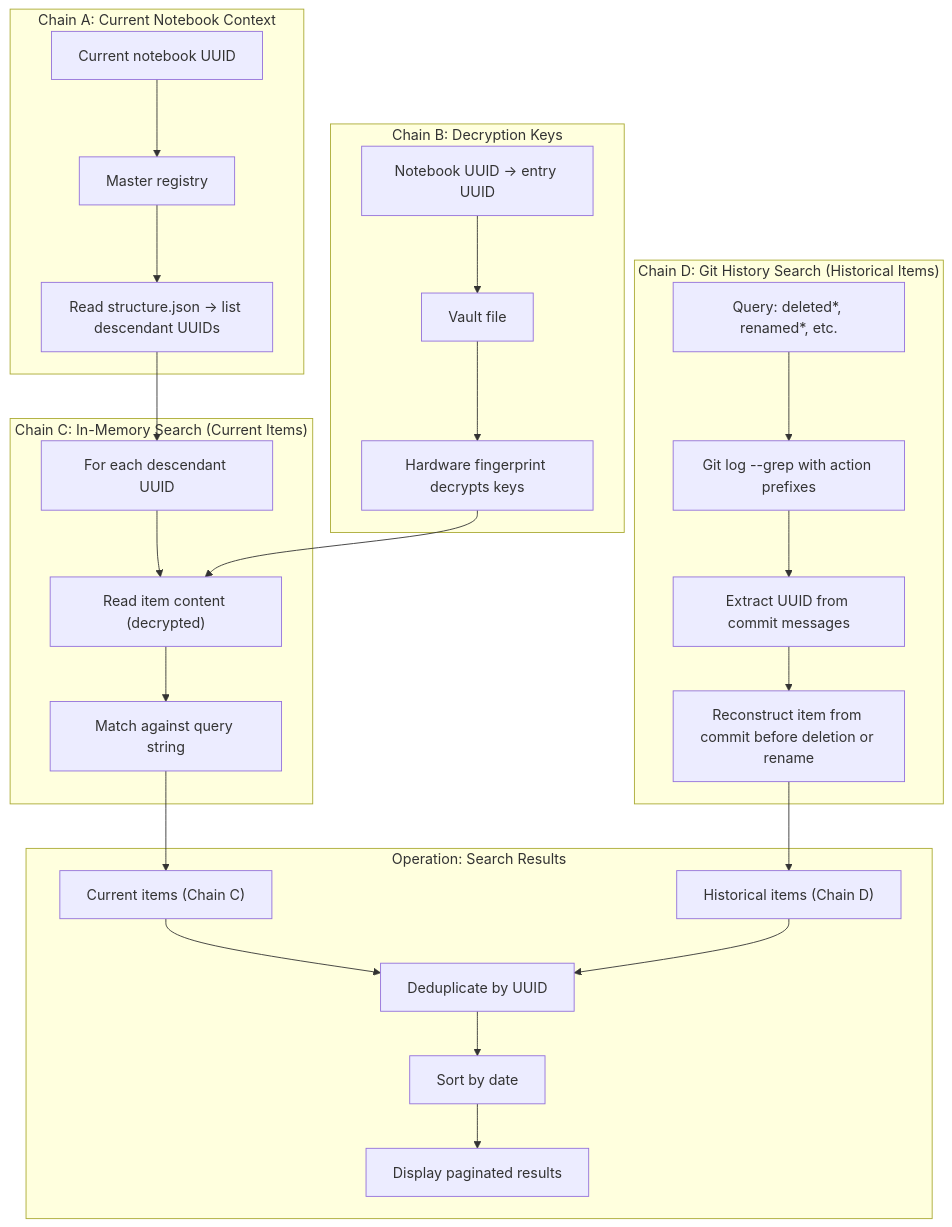
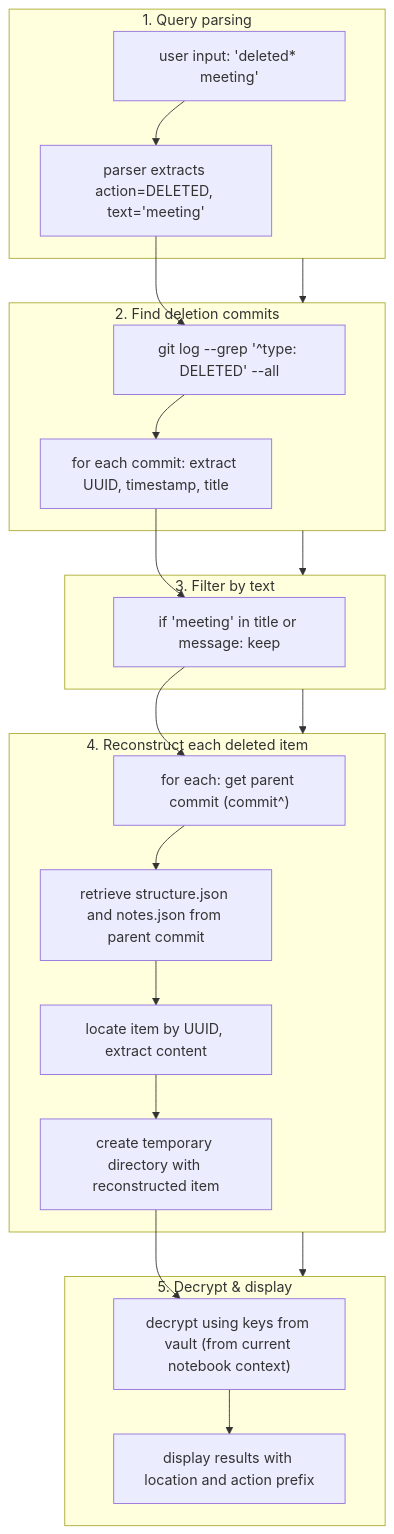
The third of 3 diagrams in UUID.md (sys-ronin/rough_docu), drawn with Mermaid before and after one commit. The commit also changed other lines of this file, not shown here.

````diff
--- a/UUID.md
+++ b/UUID.md
@@ -214,42 +160,29 @@
 ```mermaid
 flowchart TD
-    subgraph ChainA["Chain A: Current Notebook Context"]
-        A1["Current notebook UUID"] --> A2["Master registry"]
-        A2 --> A3["Read structure.json -> list descendant UUIDs"]
+    subgraph Step1["1. Query parsing"]
+        A["user input: 'deleted* meeting'"] --> B["parser extracts action=DELETED, text='meeting'"]
     end
 
-    subgraph ChainB["Chain B: Decryption Keys"]
-        B1["Notebook UUID -> entry UUID"] --> B2["Vault file"]
-        B2 --> B3["Hardware fingerprint decrypts keys"]
+    subgraph Step2["2. Find deletion commits"]
+        B --> C["git log --grep '^type: DELETED' --all"]
+        C --> D["for each commit: extract UUID, timestamp, title"]
     end
 
-    subgraph ChainC["Chain C: In-Memory Search (Current Items)"]
-        C1["For each descendant UUID"] --> C2["Read item content (decrypted)"]
-        C2 --> C3["Match against query string"]
+    subgraph Step3["3. Filter by text"]
+        D --> E["if 'meeting' in title or message: keep"]
     end
 
-    subgraph ChainD["Chain D: Git History Search (Historical Items)"]
-        D1["Query: deleted*, renamed*, etc."] --> D2["Git log --grep with action prefixes"]
-        D2 --> D3["Extract UUID from commit messages"]
-        D3 --> D4["Reconstruct item from commit before deletion or rename"]
+    subgraph Step4["4. Reconstruct each deleted item"]
+        E --> F["for each: get parent commit (commit^)"]
+        F --> G["retrieve structure.json and notes.json from parent commit"]
+        G --> H["locate item by UUID, extract content"]
+        H --> I["create temporary directory with reconstructed item"]
     end
 
-    subgraph Operation["Operation: Search Results"]
-        O1["Current items (Chain C)"]
-        O2["Historical items (Chain D)"]
-        O3["Deduplicate by UUID"]
-        O4["Sort by date"]
-        O5["Display paginated results"]
+    subgraph Step5["5. Decrypt & display"]
+        I --> J["decrypt using keys from vault (from current notebook context)"]
+        J --> K["display results with location and action prefix"]
     end
 
-    A3 --> C1
-    B3 --> C2
-    C3 --> O1
-
-    D4 --> O2
-
-    O1 --> O3
-    O2 --> O3
-    O3 --> O4
-    O4 --> O5
+    Step1 --> Step2 --> Step3 --> Step4 --> Step5
 ```
````
